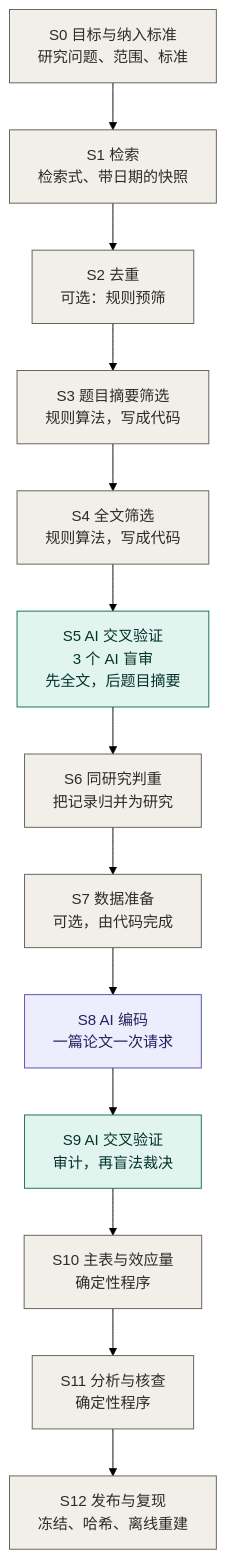
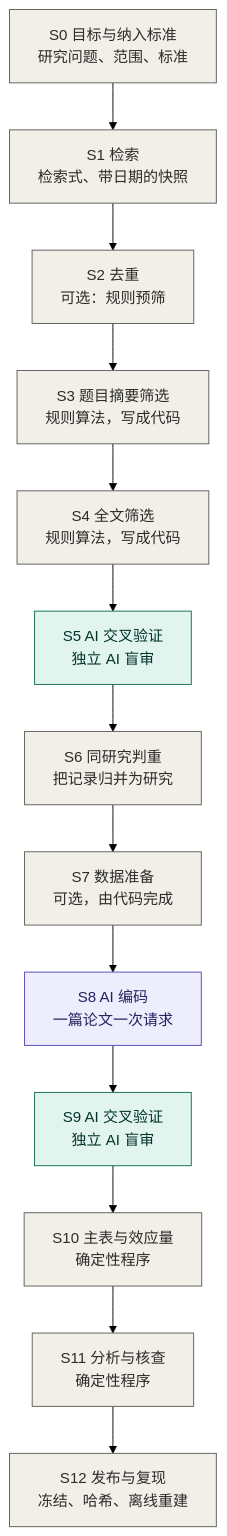
Before and after one commit to shanbuzaigao/raes: the diagram in README.zh-CN.md, drawn with Mermaid (forest theme). The commit also changed other lines of this file and 2 other files, not shown here.

Commit message:
Unify the audit labels in the figure and name the working paper in the README

````diff
--- a/README.zh-CN.md
+++ b/README.zh-CN.md
@@ -21,25 +21,25 @@
 ```mermaid
 flowchart TD
     S0["S0 目标与纳入标准<br/>研究问题、范围、标准"]
     S1["S1 检索<br/>检索式、带日期的快照"]
     S2["S2 去重<br/>可选：规则预筛"]
     S3["S3 题目摘要筛选<br/>规则算法，写成代码"]
     S4["S4 全文筛选<br/>规则算法，写成代码"]
-    S5["S5 AI 交叉验证<br/>3 个 AI 盲审<br/>先全文，后题目摘要"]
+    S5["S5 AI 交叉验证<br/>独立 AI 盲审"]
     S6["S6 同研究判重<br/>把记录归并为研究"]
     S7["S7 数据准备<br/>可选，由代码完成"]
     S8["S8 AI 编码<br/>一篇论文一次请求"]
-    S9["S9 AI 交叉验证<br/>审计，再盲法裁决"]
+    S9["S9 AI 交叉验证<br/>独立 AI 盲审"]
     S10["S10 主表与效应量<br/>确定性程序"]
     S11["S11 分析与核查<br/>确定性程序"]
     S12["S12 发布与复现<br/>冻结、哈希、离线重建"]
 
     S0 --> S1 --> S2 --> S3 --> S4 --> S5 --> S6 --> S7 --> S8 --> S9 --> S10 --> S11 --> S12
 
     classDef code fill:#F1EFE8,stroke:#5F5E5A,color:#2C2C2A
     classDef exec fill:#EEEDFE,stroke:#534AB7,color:#26215C
     classDef audit fill:#E1F5EE,stroke:#0F6E56,color:#04342C
     class S0,S1,S2,S3,S4,S6,S7,S10,S11,S12 code
     class S8 exec
     class S5,S9 audit
 ```
````
